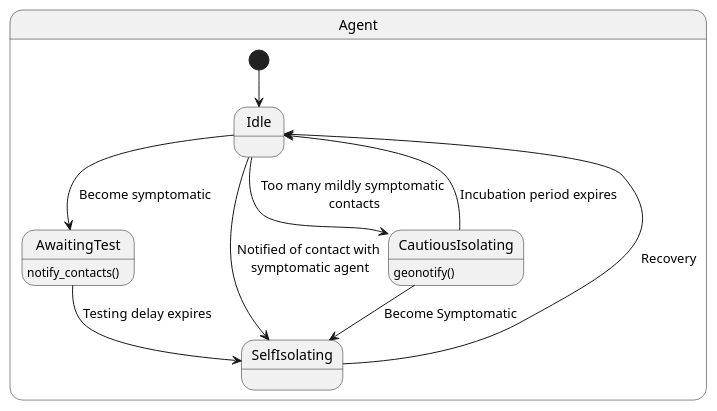
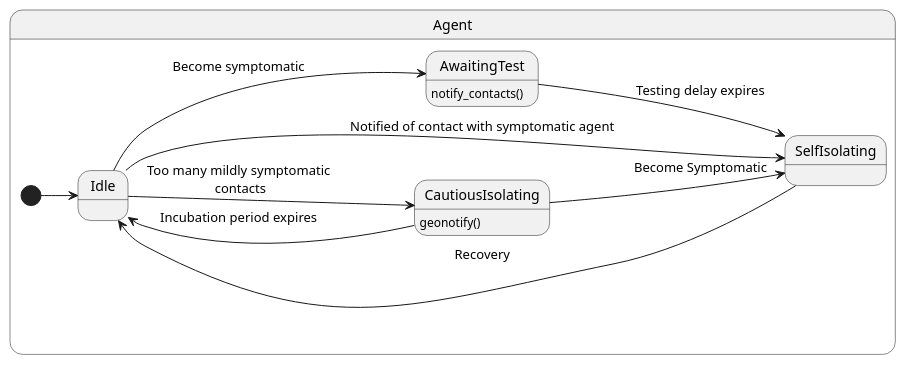
Before and after one commit to JoshuaSFryer/multi-agent-sim: the diagram in doc/uml/src/preemptive.puml, drawn with PlantUML. The commit also changed 25 other files, not shown here.

```diff
--- a/doc/uml/src/preemptive.puml
+++ b/doc/uml/src/preemptive.puml
@@ -1,21 +1,24 @@
-@startuml Mode_D_Preemptive_Isolation
+@startuml Model_D_Preemptive_Isolation
+skinparam DefaultFontName ArialMT
+
+left to right direction
 state Agent {
     [*] --> Idle
     ' note right of Idle
     '     Shift between home
     '     and work points
     '     every 12 hours
     ' end note
     Idle --> AwaitingTest : Become symptomatic
-    Idle --> SelfIsolating : Notified of contact with\n symptomatic agent
+    Idle --> SelfIsolating : Notified of contact with symptomatic agent
     Idle --> CautiousIsolating : Too many mildly symptomatic\n contacts
     AwaitingTest : notify_contacts()
     AwaitingTest --> SelfIsolating : Testing delay expires
     SelfIsolating --> Idle : Recovery
     CautiousIsolating : geonotify()
     CautiousIsolating --> Idle : Incubation period expires
     CautiousIsolating --> SelfIsolating : Become Symptomatic
     
 }
 
 @enduml
```
